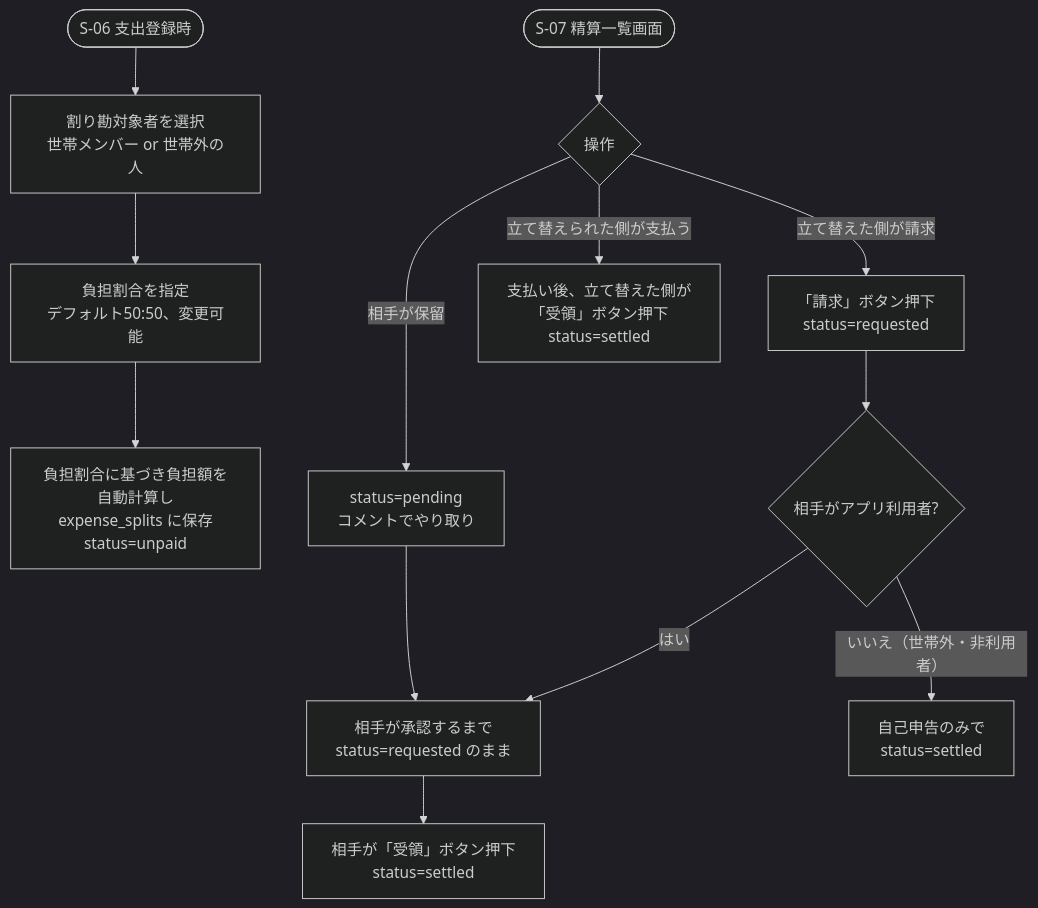
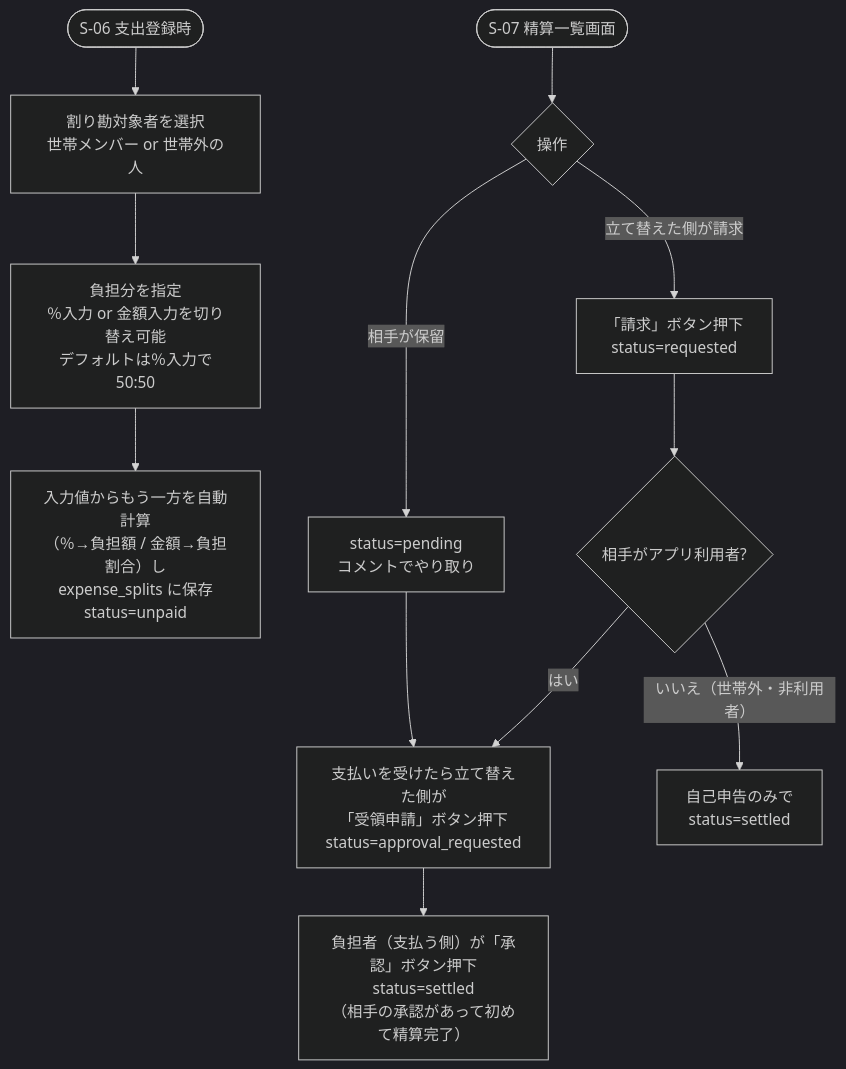
Before and after one commit to yamamotonaoki3/HomeLog: the diagram in docs/details/features/F04_kakeibo_warikan.md, drawn with Mermaid (dark theme). The commit also changed other lines of this file and 22 other files, not shown here.

````diff
--- a/docs/details/features/F04_kakeibo_warikan.md
+++ b/docs/details/features/F04_kakeibo_warikan.md
@@ -21,18 +21,16 @@
 ```mermaid
 flowchart TD
     A([S-06 支出登録時]) --> B[割り勘対象者を選択\n世帯メンバー or 世帯外の人]
-    B --> C[負担割合を指定\nデフォルト50:50、変更可能]
-    C --> C2[負担割合に基づき負担額を自動計算し\nexpense_splits に保存\nstatus=unpaid]
+    B --> C[負担分を指定\n％入力 or 金額入力を切り替え可能\nデフォルトは％入力で50:50]
+    C --> C2[入力値からもう一方を自動計算\n（％→負担額 / 金額→負担割合）し\nexpense_splits に保存\nstatus=unpaid]
 
     S07([S-07 精算一覧画面]) --> E{操作}
     E -- 立て替えた側が請求 --> F[「請求」ボタン押下\nstatus=requested]
     F --> G{相手がアプリ利用者?}
-    G -- はい --> H[相手が承認するまで\nstatus=requested のまま]
-    H --> I["相手が「受領」ボタン押下\nstatus=settled"]
+    G -- はい --> H["支払いを受けたら立て替えた側が\n「受領申請」ボタン押下\nstatus=approval_requested"]
+    H --> I["負担者（支払う側）が「承認」ボタン押下\nstatus=settled\n（相手の承認があって初めて精算完了）"]
     G -- いいえ（世帯外・非利用者） --> J[自己申告のみで\nstatus=settled]
-
-    E -- 立て替えられた側が支払う --> K[支払い後、立て替えた側が\n「受領」ボタン押下\nstatus=settled]
 
     E -- 相手が保留 --> L["status=pending\nコメントでやり取り"]
     L --> H
 ```
````
